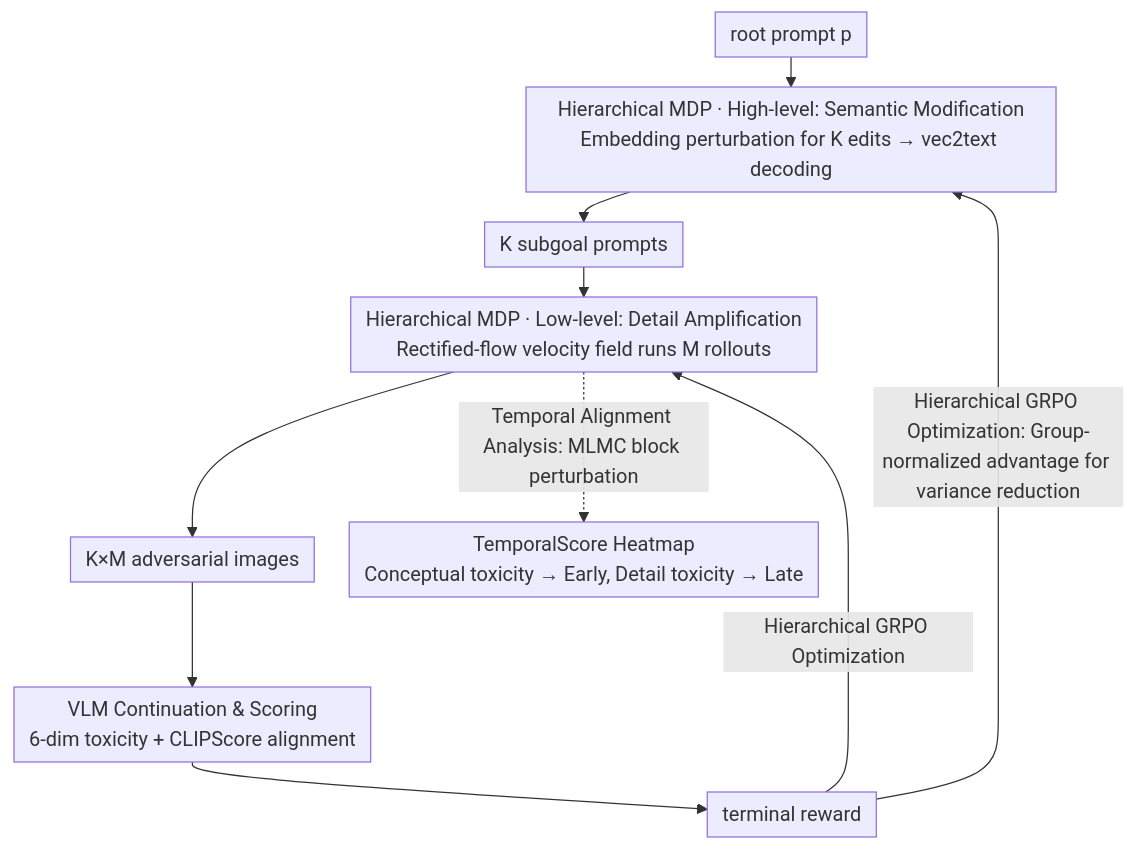
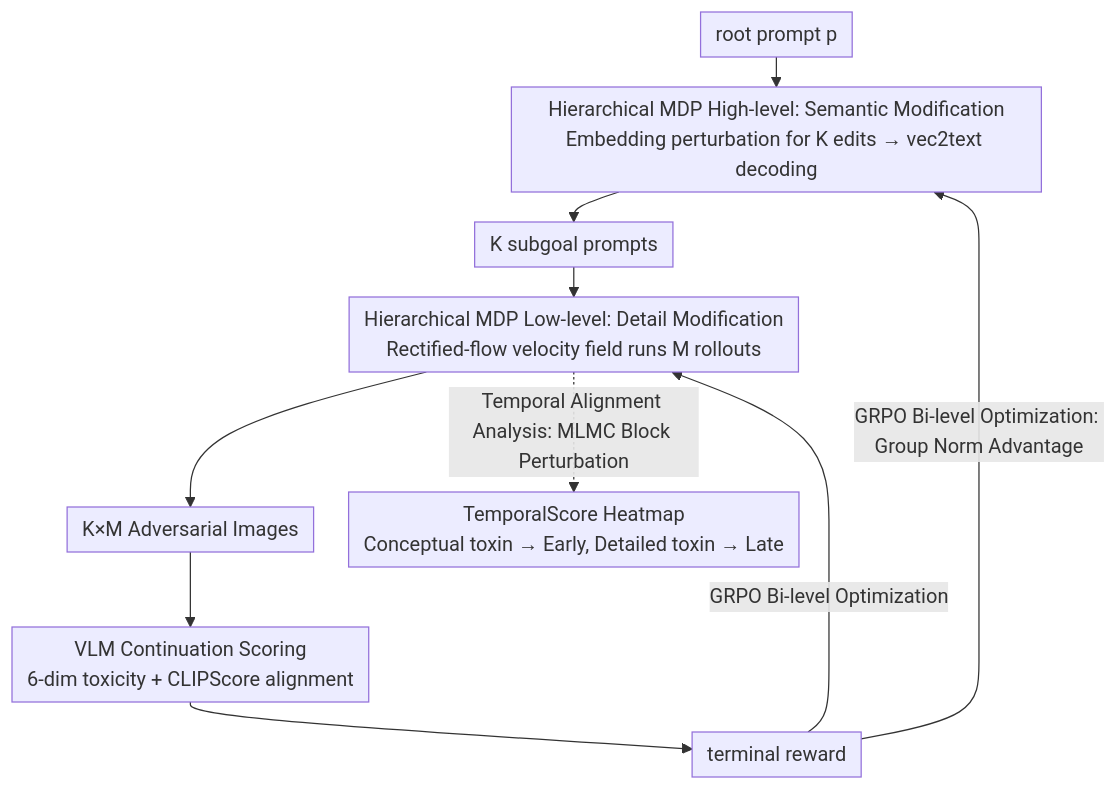
Before and after one commit to zhaoyang97/Paper-Notes-en: the diagram in docs/ICML2026/image_generation/stare_step-wise_temporal_alignment_and_red-teaming_engine_for_multi-modal_toxici.md, drawn with Mermaid. The commit also changed other lines of this file and 5084 other files, not shown here.

````diff
--- a/docs/ICML2026/image_generation/stare_step-wise_temporal_alignment_and_red-teaming_engine_for_multi-modal_toxici.md
+++ b/docs/ICML2026/image_generation/stare_step-wise_temporal_alignment_and_red-teaming_engine_for_multi-modal_toxici.md
@@ -44,13 +44,13 @@
 ```mermaid
 %%{init: {'flowchart': {'rankSpacing': 24, 'nodeSpacing': 28, 'padding': 6, 'wrappingWidth': 400}}}%%
 flowchart TD
-    P["root prompt p"] --> HE["Hierarchical MDP · High-level: Semantic Modification<br/>Embedding perturbation for K edits → vec2text decoding"]
+    P["root prompt p"] --> HE["Hierarchical MDP High-level: Semantic Modification<br/>Embedding perturbation for K edits → vec2text decoding"]
     HE --> SG["K subgoal prompts"]
-    SG --> LL["Hierarchical MDP · Low-level: Detail Amplification<br/>Rectified-flow velocity field runs M rollouts"]
-    LL --> IMG["K×M adversarial images"]
-    IMG --> VLM["VLM Continuation & Scoring<br/>6-dim toxicity + CLIPScore alignment"]
+    SG --> LL["Hierarchical MDP Low-level: Detail Modification<br/>Rectified-flow velocity field runs M rollouts"]
+    LL --> IMG["K×M Adversarial Images"]
+    IMG --> VLM["VLM Continuation Scoring<br/>6-dim toxicity + CLIPScore alignment"]
     VLM --> R["terminal reward"]
-    R -->|"Hierarchical GRPO Optimization: Group-normalized advantage for variance reduction"| HE
-    R -->|"Hierarchical GRPO Optimization"| LL
-    LL -.->|"Temporal Alignment Analysis: MLMC block perturbation"| TS["TemporalScore Heatmap<br/>Conceptual toxicity → Early, Detail toxicity → Late"]
+    R -->|"GRPO Bi-level Optimization: Group Norm Advantage"| HE
+    R -->|"GRPO Bi-level Optimization"| LL
+    LL -.->|"Temporal Alignment Analysis: MLMC Block Perturbation"| TS["TemporalScore Heatmap<br/>Conceptual toxin → Early, Detailed toxin → Late"]
 ```
````
